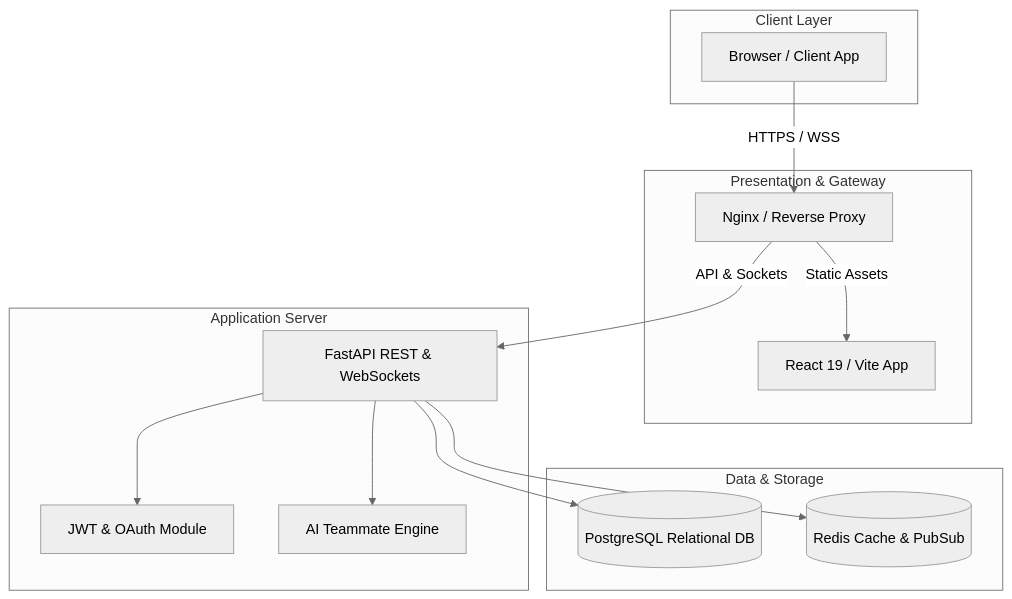
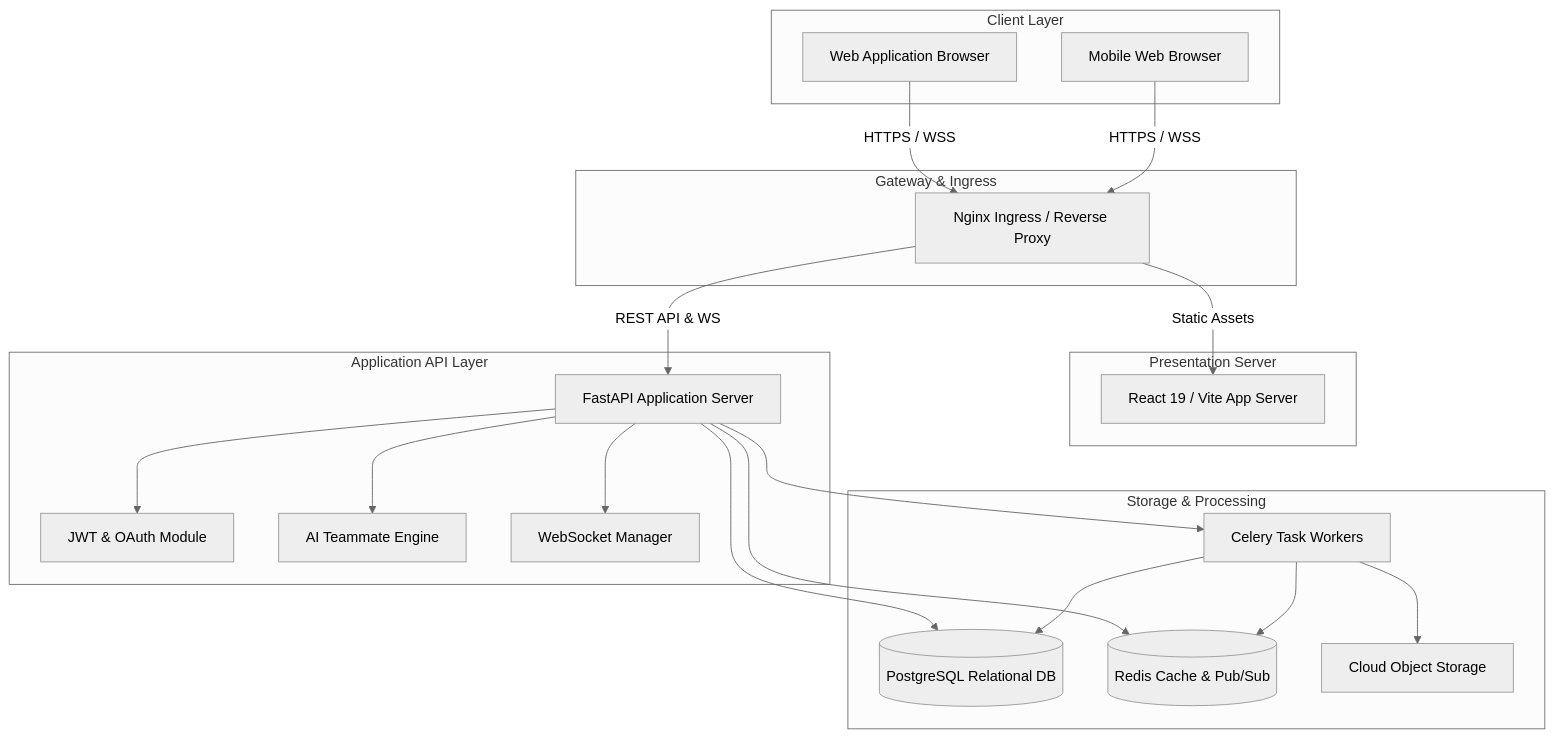
Before and after one commit to Babin123456/devlink: the diagram in README.md, drawn with Mermaid (neutral theme). The commit also changed other lines of this file and 7 other files, not shown here.

````diff
--- a/README.md
+++ b/README.md
@@ -74,30 +133,45 @@
 ```mermaid
 graph TB
     subgraph Client Layer
-        UserClient[Browser / Client App]
+        WebClient[Web Application Browser]
+        MobileClient[Mobile Web Browser]
     end
 
-    subgraph Presentation & Gateway
-        Nginx[Nginx / Reverse Proxy]
-        FrontendApp[React 19 / Vite App]
+    subgraph Gateway & Ingress
+        ReverseProxy[Nginx Ingress / Reverse Proxy]
     end
 
-    subgraph Application Server
-        FastAPI[FastAPI REST & WebSockets]
+    subgraph Presentation Server
+        NodeServer[React 19 / Vite App Server]
+    end
+
+    subgraph Application API Layer
+        FastAPI[FastAPI Application Server]
         AuthModule[JWT & OAuth Module]
         MatchEngine[AI Teammate Engine]
+        WSManager[WebSocket Manager]
     end
 
-    subgraph Data & Storage
+    subgraph Storage & Processing
+        CeleryWorker[Celery Task Workers]
         PostgreSQL[(PostgreSQL Relational DB)]
-        Redis[(Redis Cache & PubSub)]
+        Redis[(Redis Cache & Pub/Sub)]
+        CloudStorage[Cloud Object Storage]
     end
 
-    UserClient -->|HTTPS / WSS| Nginx
-    Nginx -->|Static Assets| FrontendApp
-    Nginx -->|API & Sockets| FastAPI
+    WebClient -->|HTTPS / WSS| ReverseProxy
+    MobileClient -->|HTTPS / WSS| ReverseProxy
+    ReverseProxy -->|Static Assets| NodeServer
+    ReverseProxy -->|REST API & WS| FastAPI
+
     FastAPI --> AuthModule
     FastAPI --> MatchEngine
+    FastAPI --> WSManager
     FastAPI --> PostgreSQL
     FastAPI --> Redis
+
+    FastAPI --> CeleryWorker
+    CeleryWorker --> PostgreSQL
+    CeleryWorker --> Redis
+    CeleryWorker --> CloudStorage
 ```
````
